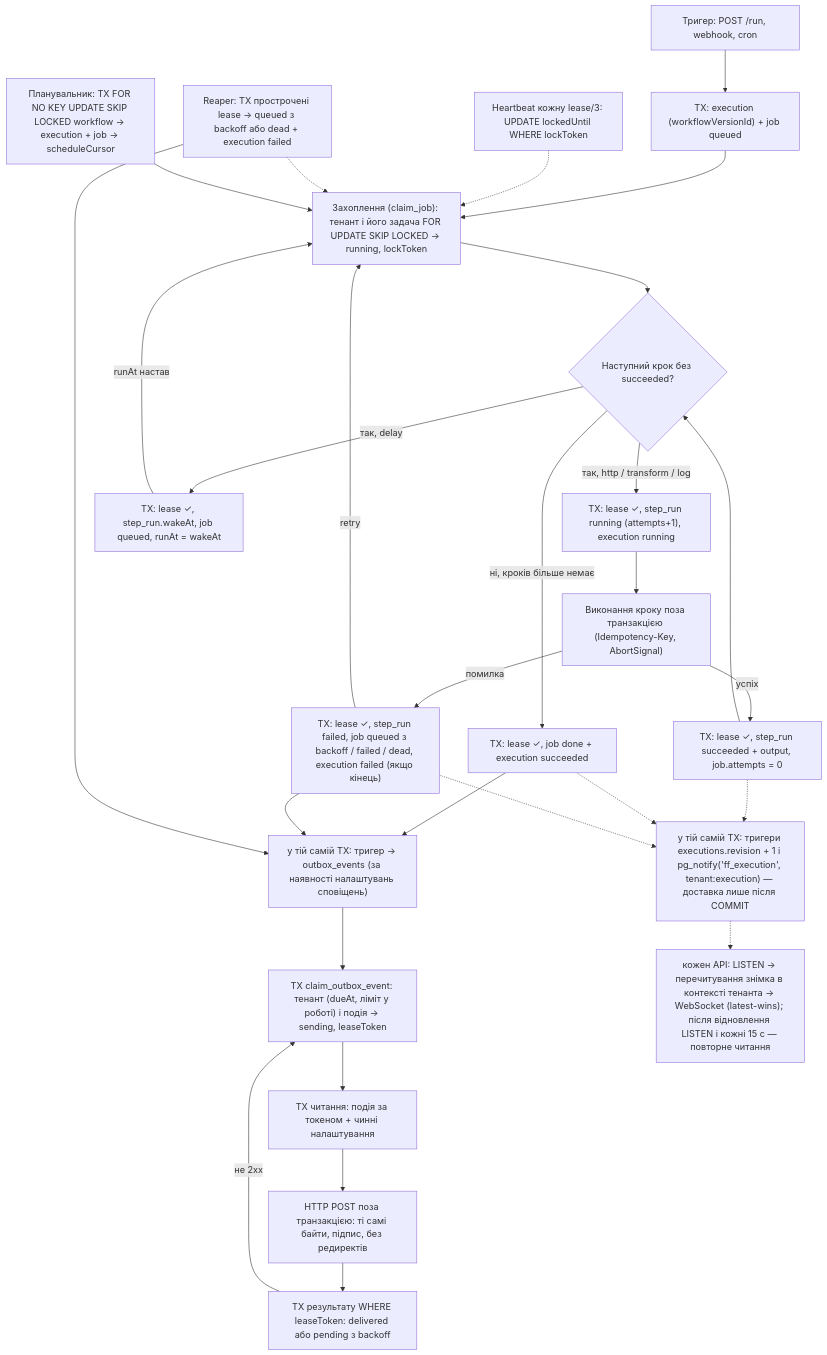
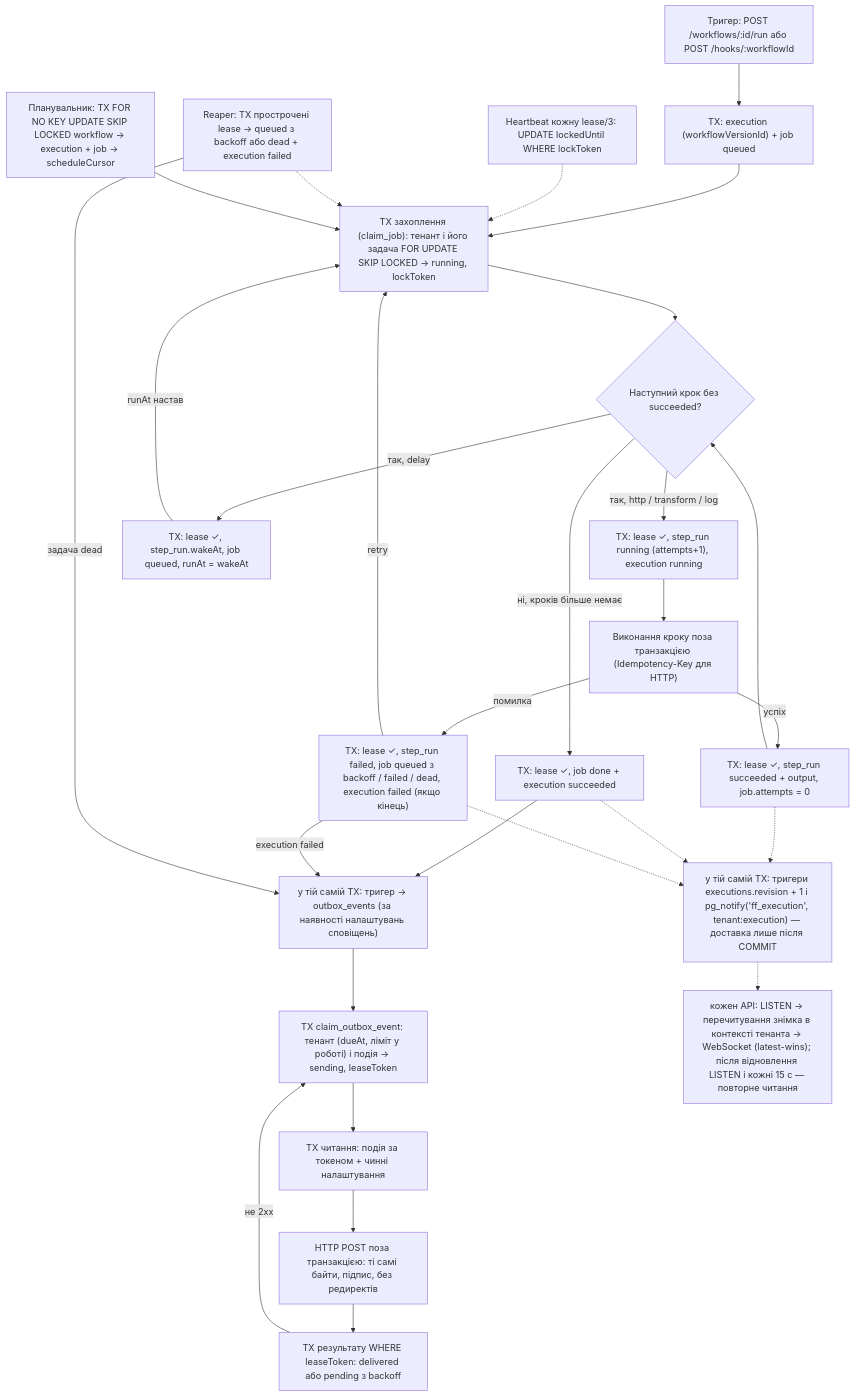
Before and after one commit to JuFios/flowforge-starter: the diagram in README.md, drawn with Mermaid. The commit also changed other lines of this file and 1 other file, not shown here.

````diff
--- a/README.md
+++ b/README.md
@@ -506,30 +525,30 @@
 ```mermaid
 flowchart TD
-  T["Тригер: POST /run, webhook, cron"] --> E["TX: execution (workflowVersionId) + job queued"]
-  E --> C["Захоплення (claim_job): тенант і його задача FOR UPDATE SKIP LOCKED → running, lockToken"]
+  T["Тригер: POST /workflows/:id/run або POST /hooks/:workflowId"] --> E["TX: execution (workflowVersionId) + job queued"]
+  E --> C["TX захоплення (claim_job): тенант і його задача FOR UPDATE SKIP LOCKED → running, lockToken"]
   C --> L{"Наступний крок без succeeded?"}
   L -- "так, http / transform / log" --> S["TX: lease ✓, step_run running (attempts+1), execution running"]
-  S --> X["Виконання кроку поза транзакцією (Idempotency-Key, AbortSignal)"]
+  S --> X["Виконання кроку поза транзакцією (Idempotency-Key для HTTP)"]
   X -- успіх --> K["TX: lease ✓, step_run succeeded + output, job.attempts = 0"]
   K --> L
   X -- помилка --> F["TX: lease ✓, step_run failed, job queued з backoff / failed / dead, execution failed (якщо кінець)"]
   F -- retry --> C
   L -- "так, delay" --> P["TX: lease ✓, step_run.wakeAt, job queued, runAt = wakeAt"]
   P -- "runAt настав" --> C
   L -- "ні, кроків більше немає" --> D["TX: lease ✓, job done + execution succeeded"]
   H["Heartbeat кожну lease/3: UPDATE lockedUntil WHERE lockToken"] -.-> C
   R["Reaper: TX прострочені lease → queued з backoff або dead + execution failed"] -.-> C
   SC["Планувальник: TX FOR NO KEY UPDATE SKIP LOCKED workflow → execution + job → scheduleCursor"] --> C
   D --> O["у тій самій TX: тригер → outbox_events (за наявності налаштувань сповіщень)"]
-  F --> O
-  R --> O
+  F -- "execution failed" --> O
+  R -- "задача dead" --> O
   O --> OC["TX claim_outbox_event: тенант (dueAt, ліміт у роботі) і подія → sending, leaseToken"]
   OC --> OR["TX читання: подія за токеном + чинні налаштування"]
   OR --> OH["HTTP POST поза транзакцією: ті самі байти, підпис, без редиректів"]
   OH --> OW["TX результату WHERE leaseToken: delivered або pending з backoff"]
   OW -- "не 2xx" --> OC
   K -.-> RV["у тій самій TX: тригери executions.revision + 1 і pg_notify('ff_execution', tenant:execution) — доставка лише після COMMIT"]
   D -.-> RV
   F -.-> RV
   RV -.-> WS["кожен API: LISTEN → перечитування знімка в контексті тенанта → WebSocket (latest-wins); після відновлення LISTEN і кожні 15 с — повторне читання"]
 ```
````
